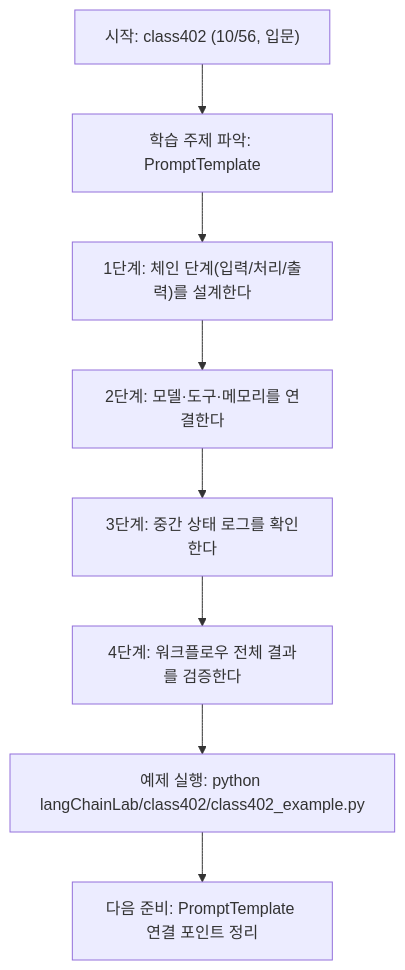
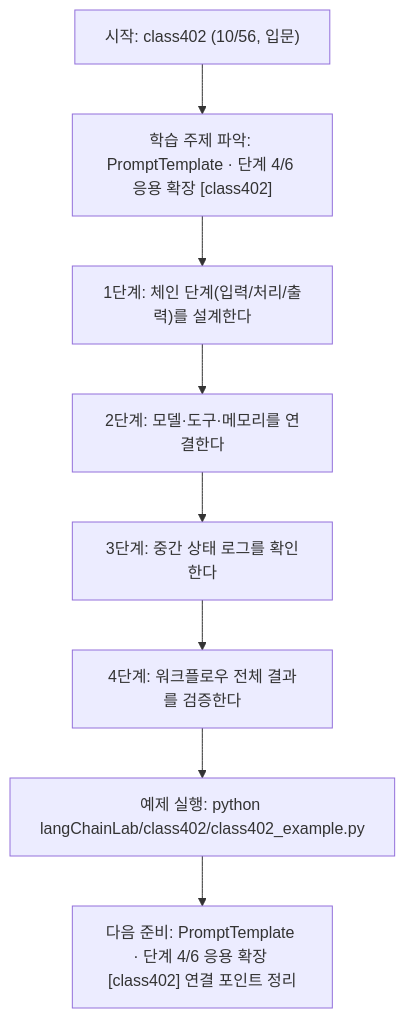
The diagram in langChainLab/class402/class402.md (edumgt/Python-AI_Agent-Class), drawn with Mermaid before and after one commit. The commit also changed other lines of this file and 522 other files, not shown here.

````diff
--- a/langChainLab/class402/class402.md
+++ b/langChainLab/class402/class402.md
@@ -107,18 +108,18 @@
 ```mermaid
 flowchart TD
 N1["시작: class402 (10/56, 입문)"]
-N2["학습 주제 파악: PromptTemplate"]
+N2["학습 주제 파악: PromptTemplate · 단계 4/6 응용 확장 [class402]"]
 N3["1단계: 체인 단계(입력/처리/출력)를 설계한다"]
 N4["2단계: 모델·도구·메모리를 연결한다"]
 N5["3단계: 중간 상태 로그를 확인한다"]
 N6["4단계: 워크플로우 전체 결과를 검증한다"]
 N7["예제 실행: python langChainLab/class402/class402_example.py"]
-N8["다음 준비: PromptTemplate 연결 포인트 정리"]
+N8["다음 준비: PromptTemplate · 단계 4/6 응용 확장 [class402] 연결 포인트 정리"]
 N1 --> N2
 N2 --> N3
 N3 --> N4
 N4 --> N5
 N5 --> N6
 N6 --> N7
 N7 --> N8
 ```
````
